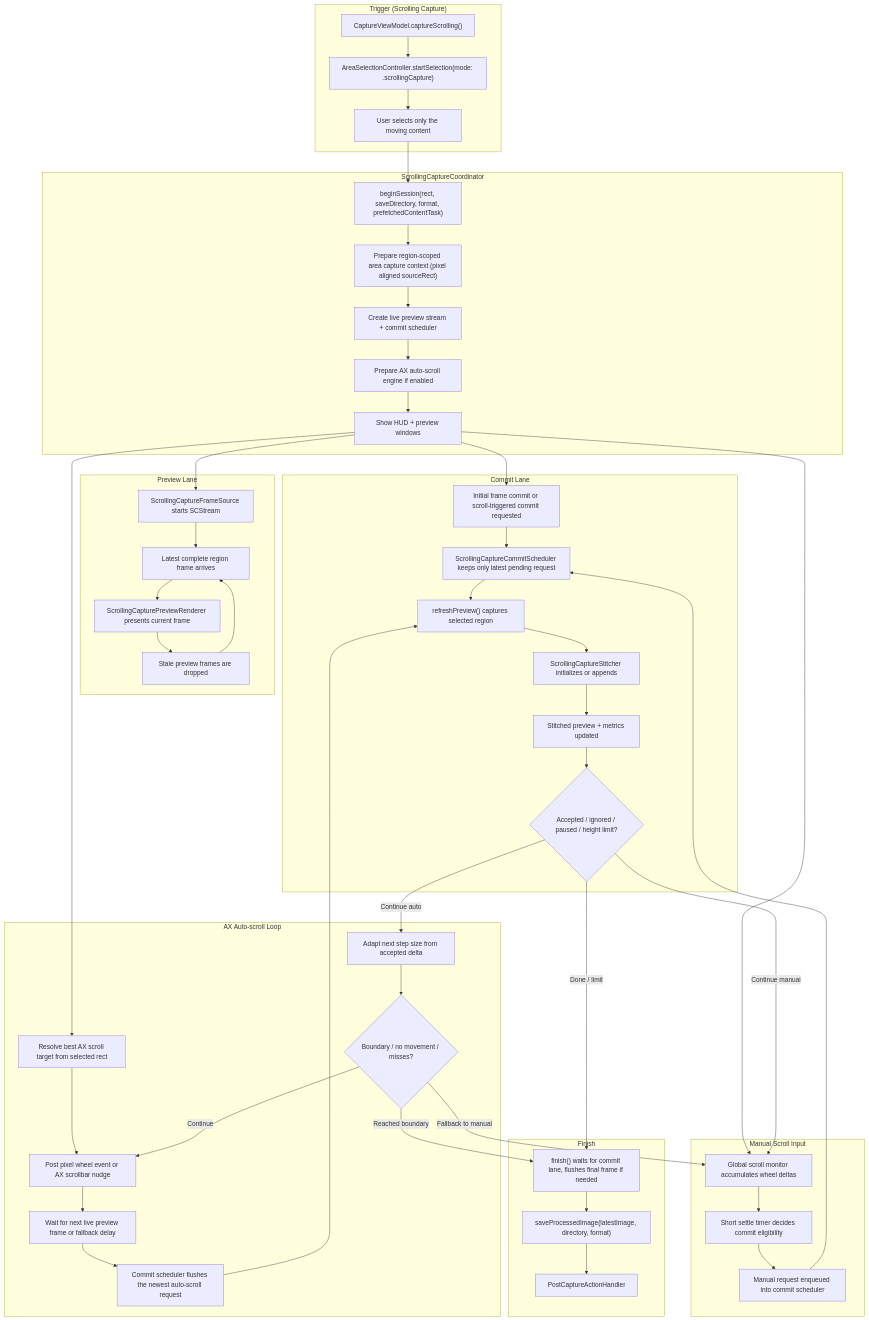
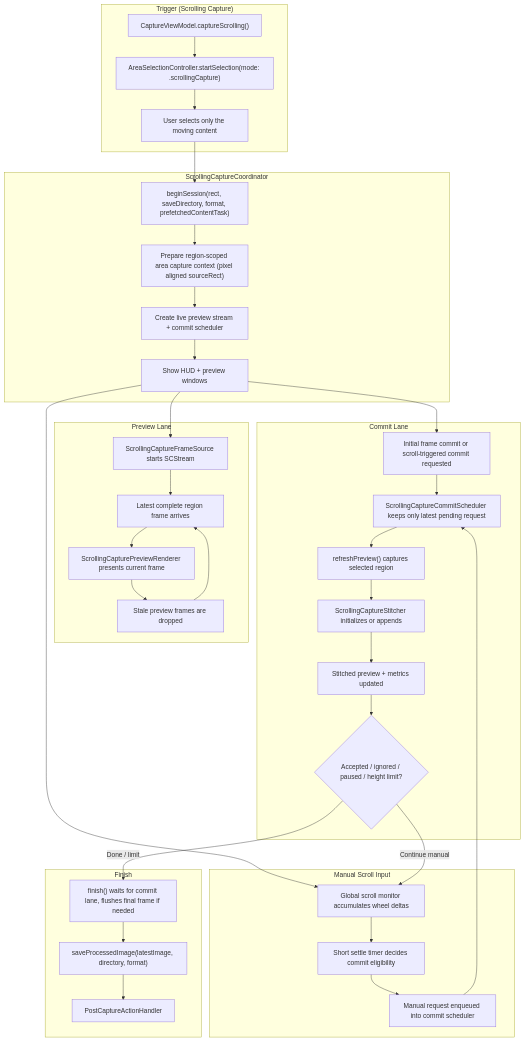
One commit to duongductrong/Snapzy changed the third of 3 diagrams in docs/capture-flow.md. Above: the diagram before and after it, drawn with Mermaid. The commit also changed other lines of this file and 13 other files, not shown here.

First line of the commit message:
refactor: Refactor scrolling capture implementation to remove auto-scroll functionality

````diff
--- a/docs/capture-flow.md
+++ b/docs/capture-flow.md
@@ -134,65 +134,50 @@
 ```mermaid
 flowchart TD
     subgraph Trigger["Trigger (Scrolling Capture)"]
         A1["CaptureViewModel.captureScrolling()"]
         A2["AreaSelectionController.startSelection(mode: .scrollingCapture)"]
         A3["User selects only the moving content"]
     end
 
     subgraph Session["ScrollingCaptureCoordinator"]
         B1["beginSession(rect, saveDirectory, format, prefetchedContentTask)"]
         B2["Prepare region-scoped area capture context (pixel aligned sourceRect)"]
         B3["Create live preview stream + commit scheduler"]
-        B4["Prepare AX auto-scroll engine if enabled"]
-        B5["Show HUD + preview windows"]
+        B4["Show HUD + preview windows"]
     end
 
     subgraph Preview["Preview Lane"]
         C1["ScrollingCaptureFrameSource starts SCStream"]
         C2["Latest complete region frame arrives"]
         C3["ScrollingCapturePreviewRenderer presents current frame"]
         C4["Stale preview frames are dropped"]
     end
 
     subgraph Commit["Commit Lane"]
         D1["Initial frame commit or scroll-triggered commit requested"]
         D2["ScrollingCaptureCommitScheduler keeps only latest pending request"]
         D3["refreshPreview() captures selected region"]
         D4["ScrollingCaptureStitcher initializes or appends"]
         D5["Stitched preview + metrics updated"]
         D6{"Accepted / ignored / paused / height limit?"}
     end
 
     subgraph Manual["Manual Scroll Input"]
         E1["Global scroll monitor accumulates wheel deltas"]
         E2["Short settle timer decides commit eligibility"]
         E3["Manual request enqueued into commit scheduler"]
     end
 
-    subgraph Auto["AX Auto-scroll Loop"]
-        F1["Resolve best AX scroll target from selected rect"]
-        F2["Post pixel wheel event or AX scrollbar nudge"]
-        F3["Wait for next live preview frame or fallback delay"]
-        F4["Commit scheduler flushes the newest auto-scroll request"]
-        F5["Adapt next step size from accepted delta"]
-        F6{"Boundary / no movement / misses?"}
+    subgraph Finish["Finish"]
+        F1["finish() waits for commit lane, flushes final frame if needed"]
+        F2["saveProcessedImage(latestImage, directory, format)"]
+        F3["PostCaptureActionHandler"]
     end
 
-    subgraph Finish["Finish"]
-        G1["finish() waits for commit lane, flushes final frame if needed"]
-        G2["saveProcessedImage(latestImage, directory, format)"]
-        G3["PostCaptureActionHandler"]
-    end
-
-    A1 --> A2 --> A3 --> B1 --> B2 --> B3 --> B4 --> B5
-    B5 --> C1 --> C2 --> C3 --> C4 --> C2
-    B5 --> D1 --> D2 --> D3 --> D4 --> D5 --> D6
-    B5 --> E1 --> E2 --> E3 --> D2
-    B5 --> F1 --> F2 --> F3 --> F4 --> D3
+    A1 --> A2 --> A3 --> B1 --> B2 --> B3 --> B4
+    B4 --> C1 --> C2 --> C3 --> C4 --> C2
+    B4 --> D1 --> D2 --> D3 --> D4 --> D5 --> D6
+    B4 --> E1 --> E2 --> E3 --> D2
     D6 -->|Continue manual| E1
-    D6 -->|Continue auto| F5 --> F6
-    F6 -->|Continue| F2
-    F6 -->|Fallback to manual| E1
-    F6 -->|Reached boundary| G1
-    D6 -->|Done / limit| G1 --> G2 --> G3
+    D6 -->|Done / limit| F1 --> F2 --> F3
 ```
````
